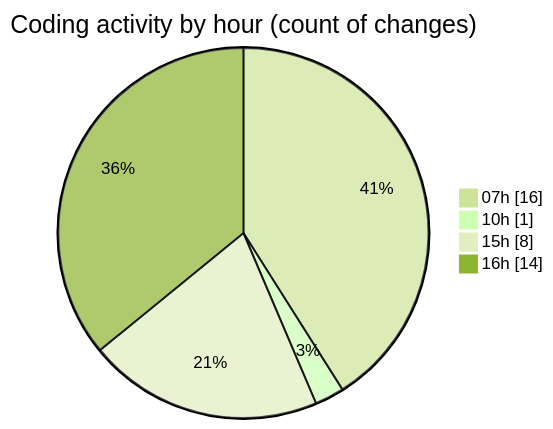
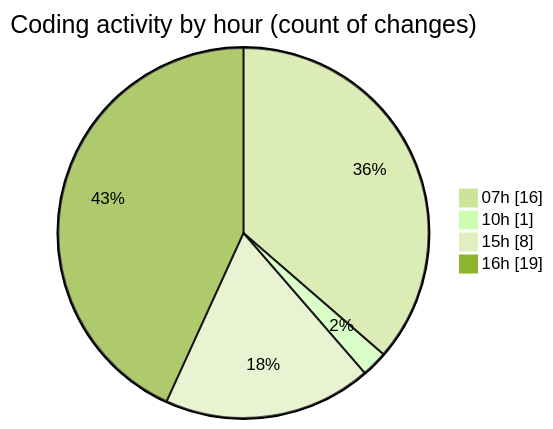
Before and after one commit to robertbonfada/code-tracking: the second of 2 diagrams in 2025-03-07/mbc-web/README.md, drawn with Mermaid (forest theme). The commit also changed other lines of this file and 1 other file, not shown here.

````diff
--- a/2025-03-07/mbc-web/README.md
+++ b/2025-03-07/mbc-web/README.md
@@ -38,8 +38,8 @@
 ```mermaid
 pie showData
 title Coding activity by hour (count of changes)
 "07h" : 16
 "10h" : 1
 "15h" : 8
-"16h" : 14
+"16h" : 19
 ```
````
